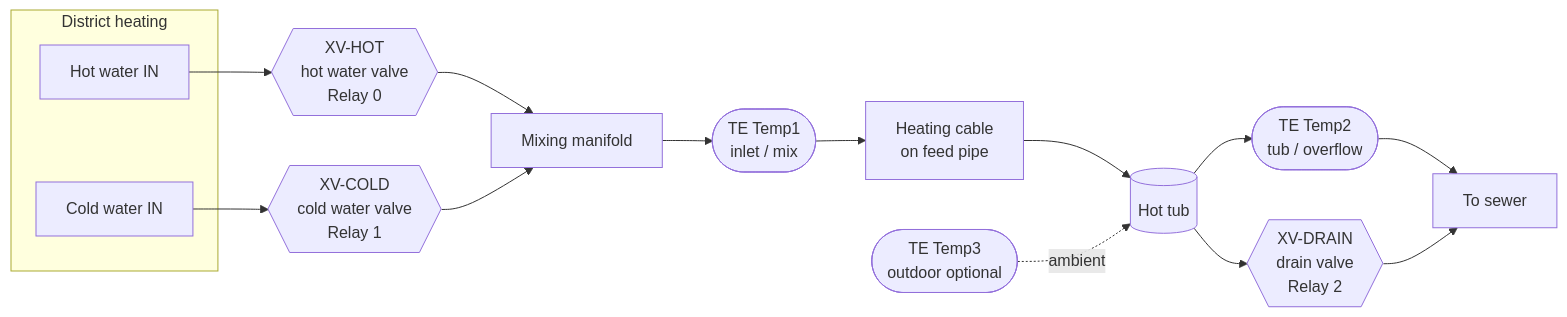
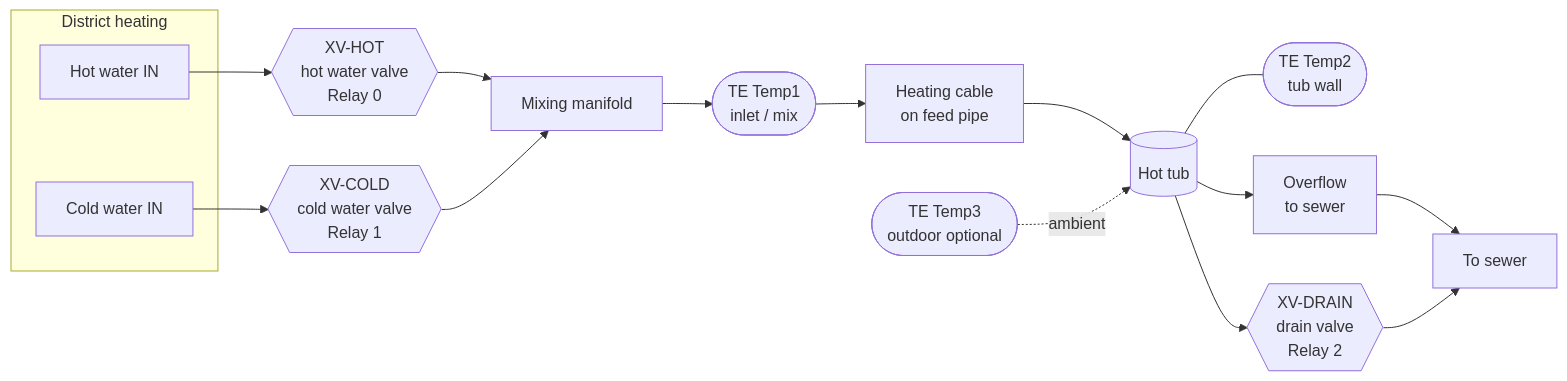
Before and after one commit to raspipcb/oddurboga-cm5-rp2350: the first of 5 diagrams in doc/diagrams.md, drawn with Mermaid. The commit also changed other lines of this file and 3 other files, not shown here.

````diff
--- a/doc/diagrams.md
+++ b/doc/diagrams.md
@@ -22,25 +22,27 @@
 ```mermaid
 flowchart LR
   subgraph SUPPLY["District heating"]
     HOT["Hot water IN"]
     COLD["Cold water IN"]
   end
 
   T1(["TE Temp1<br/>inlet / mix"])
   VH{{"XV-HOT<br/>hot water valve<br/>Relay 0"}}
   VC{{"XV-COLD<br/>cold water valve<br/>Relay 1"}}
   MIX["Mixing manifold"]
   HC["Heating cable<br/>on feed pipe"]
   TUB[("Hot tub")]
-  T2(["TE Temp2<br/>tub / overflow"])
+  T2(["TE Temp2<br/>tub wall"])
+  OF["Overflow<br/>to sewer"]
   DRAIN{{"XV-DRAIN<br/>drain valve<br/>Relay 2"}}
   SEWER["To sewer"]
   T3(["TE Temp3<br/>outdoor optional"])
 
   HOT --> VH --> MIX
   COLD --> VC --> MIX
   MIX --> T1 --> HC --> TUB
-  TUB --> T2 --> SEWER
+  TUB --- T2
+  TUB --> OF --> SEWER
   TUB --> DRAIN --> SEWER
   T3 -.->|"ambient"| TUB
 ```
````
